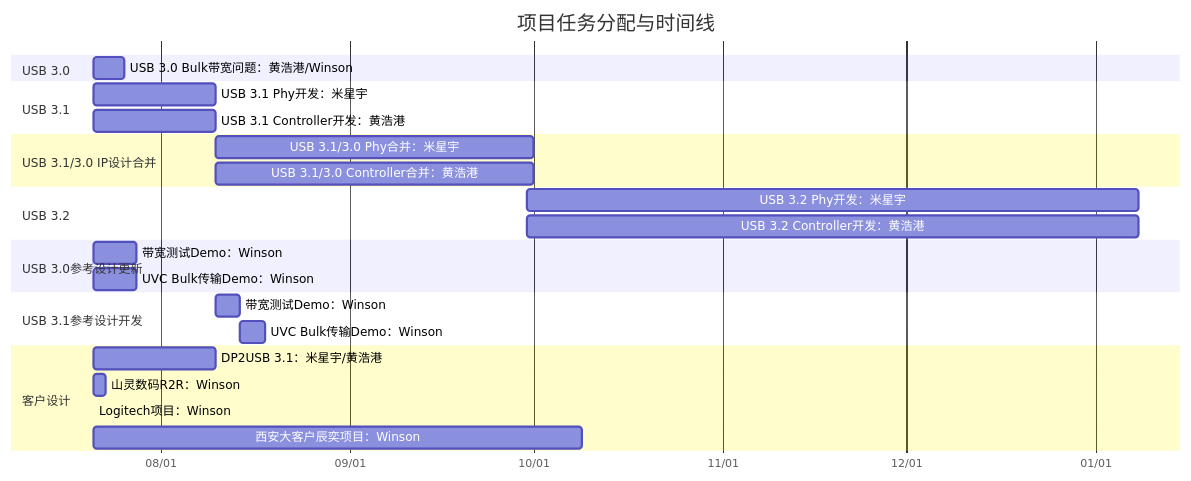
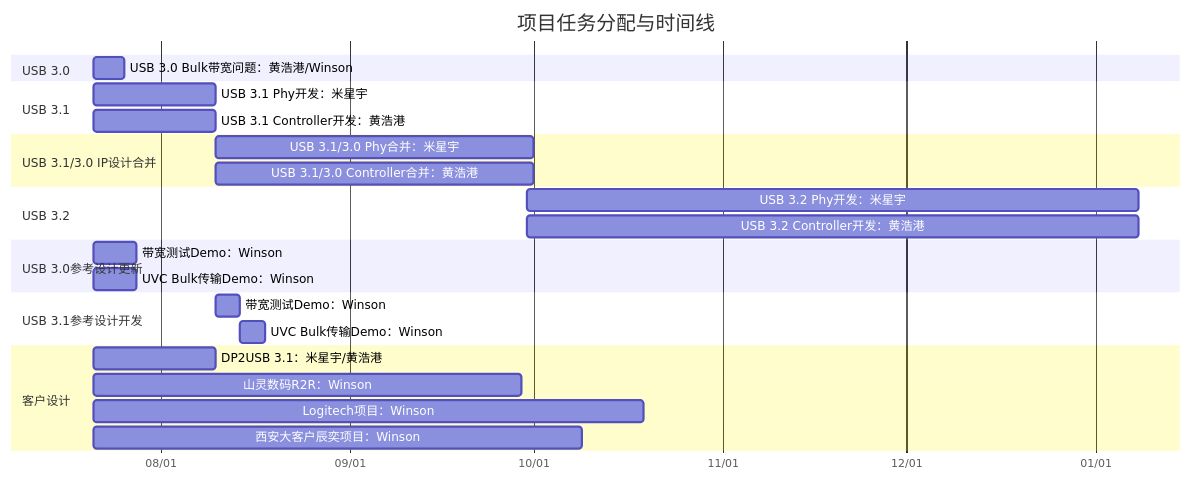
Before and after one commit to winsonbook/iodraw-files: the diagram in all/未命名.md, drawn with Mermaid.

Commit message:
2025-07-21 10:12:13 update

````diff
--- a/all/未命名.md
+++ b/all/未命名.md
@@ -1,35 +1,35 @@
 ```mermaid
 gantt
     title 项目任务分配与时间线
     dateFormat  YYYY-MM-DD
     axisFormat  %m/%d
 
     section USB 3.0
     USB 3.0 Bulk带宽问题：黄浩港/Winson   :    task1, 2025-07-21, 5d
 
     section USB 3.1
     USB 3.1 Phy开发：米星宇      :         task2, 2025-07-21, 20d
     USB 3.1 Controller开发：黄浩港      :  task3, 2025-07-21, 20d
 
     section USB 3.1/3.0 IP设计合并
     USB 3.1/3.0 Phy合并：米星宇       :    task4, 2025-08-10, 52d
     USB 3.1/3.0 Controller合并：黄浩港:    task5, 2025-08-10, 52d
 
     section USB 3.2
     USB 3.2 Phy开发：米星宇      :         task2, 2025-09-30, 100d
     USB 3.2 Controller开发：黄浩港      :  task3, 2025-09-30, 100d
 
     section USB 3.0参考设计更新
     带宽测试Demo：Winson       :         task6, 2025-07-21, 7d
     UVC Bulk传输Demo：Winson   :        task7, 2025-07-21, 7d
 
     section USB 3.1参考设计开发
     带宽测试Demo：Winson       :         task8, 2025-08-10, 4d
     UVC Bulk传输Demo：Winson   :         task9, 2025-08-14, 4d
 
     section 客户设计
     DP2USB 3.1：米星宇/黄浩港      :task10, 2025-07-21, 20d
-    山灵数码R2R：Winson :             task11, 2025-07-21, 2d
-    Logitech项目：Winson :            task12, 2025-07-21, d
+    山灵数码R2R：Winson :             task11, 2025-07-21, 70d
+    Logitech项目：Winson :            task12, 2025-07-21, 90d
     西安大客户辰奕项目：Winson :       task13, 2025-07-21, 80d
 ```
````
